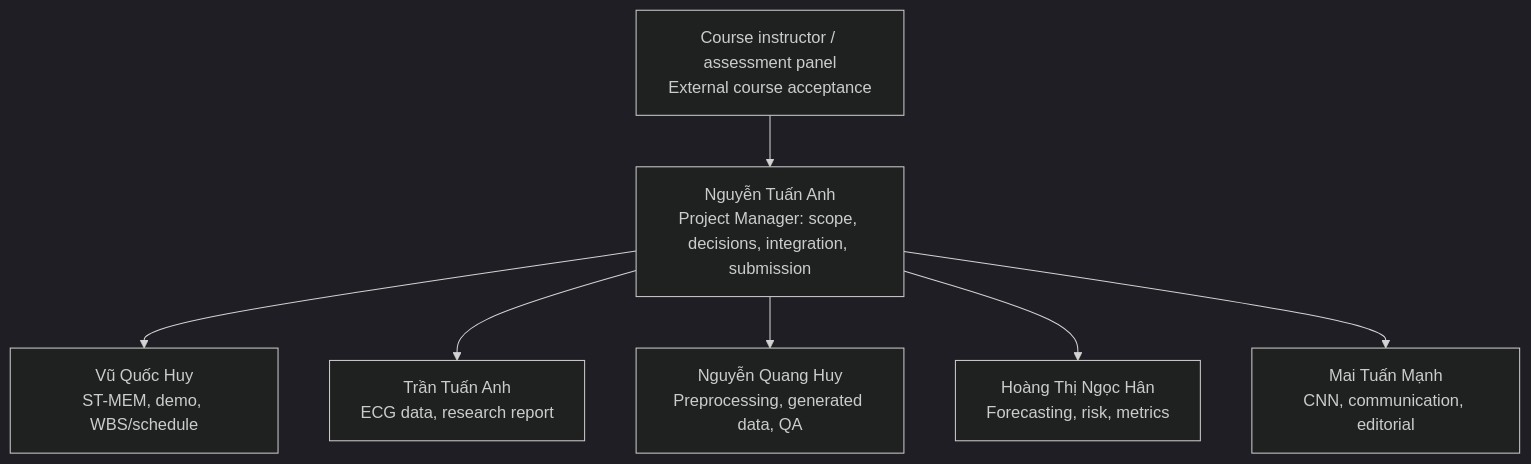
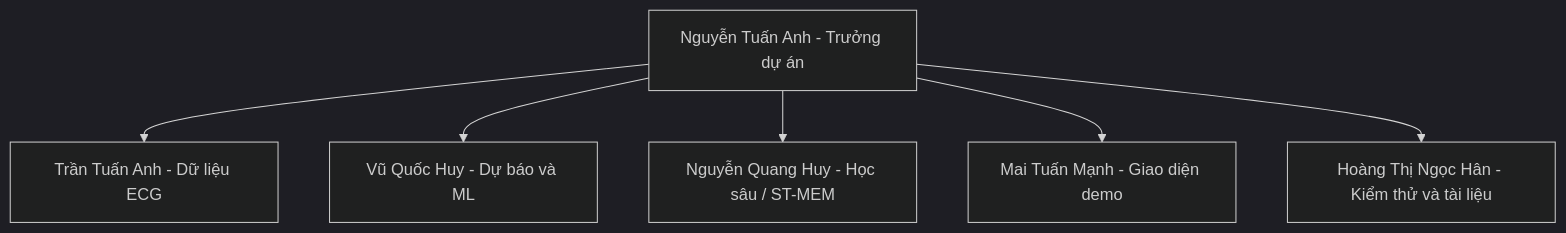
One commit to vu-huzy/ECG-Timeseries-Analysis changed the diagram in ECG_Project_WBS_Revised.md. Above: the diagram before and after it, drawn with Mermaid (dark theme). The commit also changed other lines of this file and 7 other files, not shown here.

````diff
--- a/ECG_Project_WBS_Revised.md
+++ b/ECG_Project_WBS_Revised.md
@@ -13,9 +15,8 @@
 ```mermaid
 flowchart TB
-    I["Course instructor / assessment panel<br/>External course acceptance"] --> PM["Nguyễn Tuấn Anh<br/>Project Manager: scope, decisions, integration, submission"]
-    PM --> VQH["Vũ Quốc Huy<br/>ST-MEM, demo, WBS/schedule"]
-    PM --> TTA["Trần Tuấn Anh<br/>ECG data, research report"]
-    PM --> NQH["Nguyễn Quang Huy<br/>Preprocessing, generated data, QA"]
-    PM --> HTNH["Hoàng Thị Ngọc Hân<br/>Forecasting, risk, metrics"]
-    PM --> MTM["Mai Tuấn Mạnh<br/>CNN, communication, editorial"]
+  PM["Nguyễn Tuấn Anh - Trưởng dự án"] --> DATA["Trần Tuấn Anh - Dữ liệu ECG"]
+  PM --> ML["Vũ Quốc Huy - Dự báo và ML"]
+  PM --> DL["Nguyễn Quang Huy - Học sâu / ST-MEM"]
+  PM --> WEB["Mai Tuấn Mạnh - Giao diện demo"]
+  PM --> QA["Hoàng Thị Ngọc Hân - Kiểm thử và tài liệu"]
 ```
````
